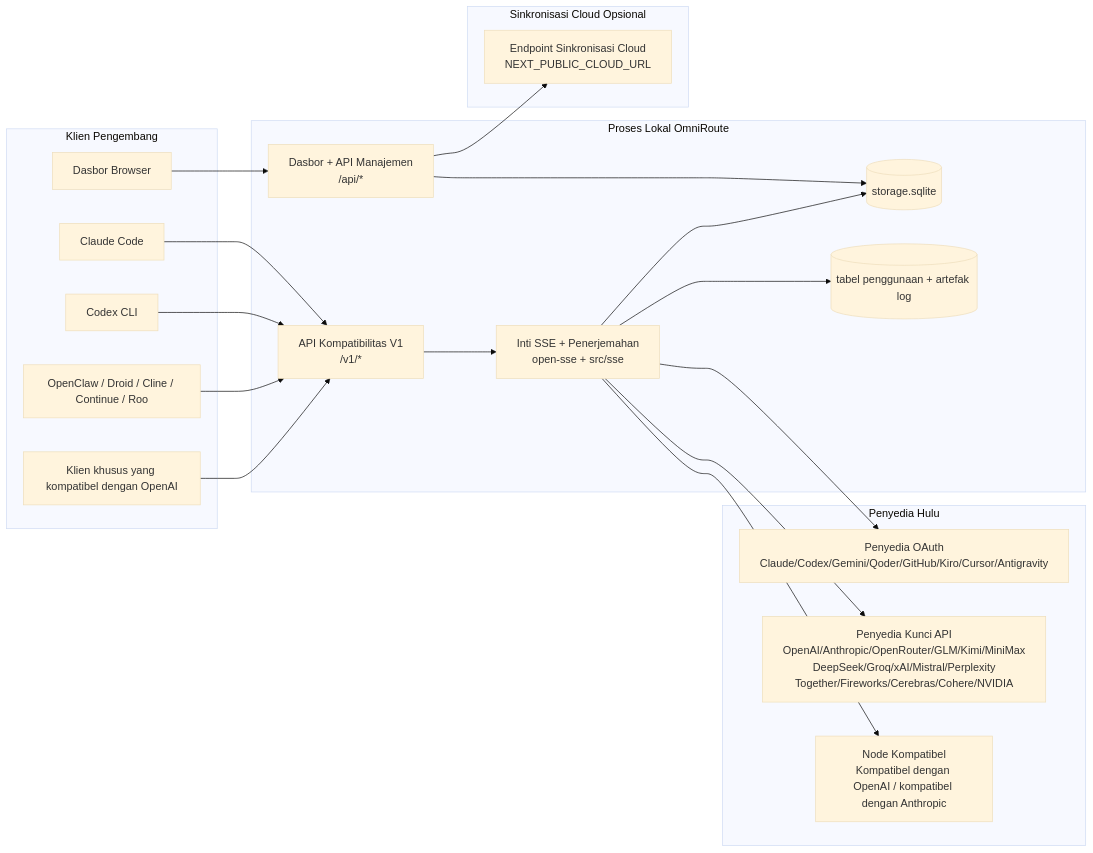
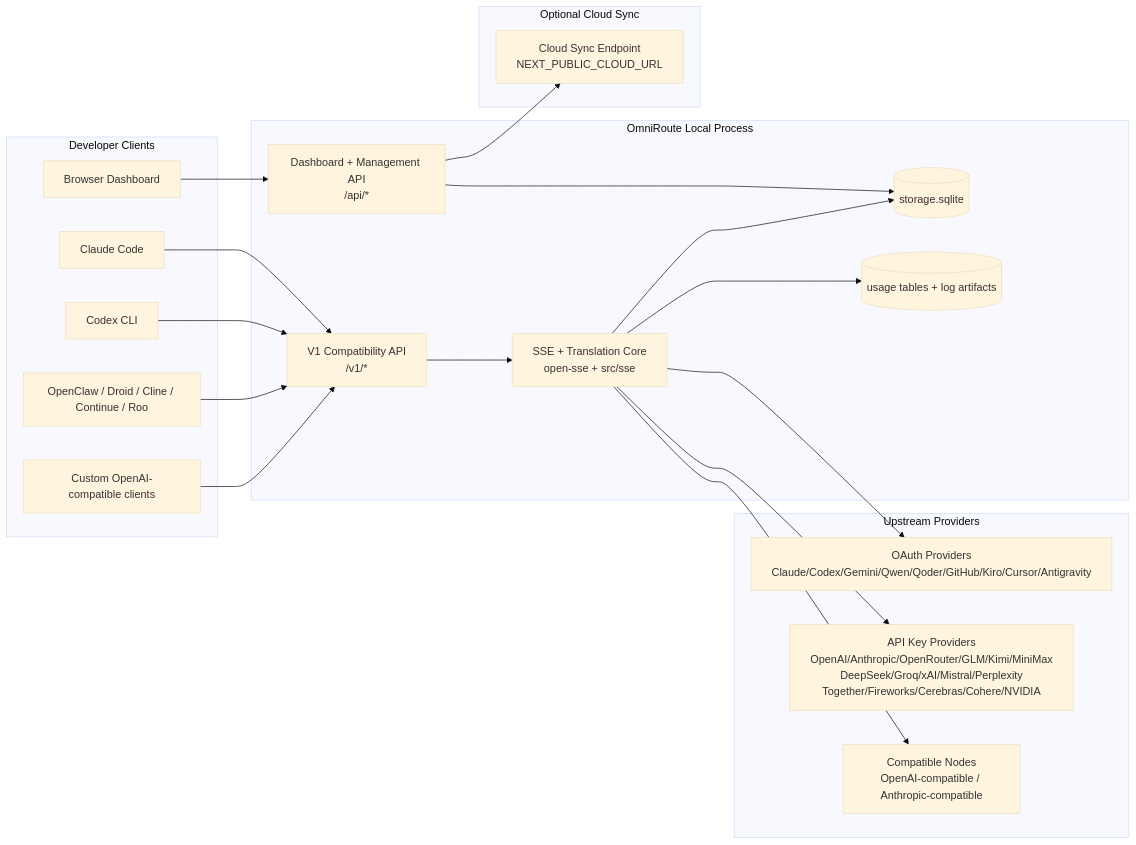
Before and after one commit to niyatna/NiyatnaRoute: the first of 7 diagrams in docs/i18n/id/docs/architecture/ARCHITECTURE.md, drawn with Mermaid (base theme). The commit also changed other lines of this file and 2447 other files, not shown here.

Commit message:
chore(rebrand): rebrand to NiyatnaRoute and hard purge bloatware from upstream v3.8.51 (8,982 commits base)

````diff
--- a/docs/i18n/id/docs/architecture/ARCHITECTURE.md
+++ b/docs/i18n/id/docs/architecture/ARCHITECTURE.md
@@ -157,45 +121,45 @@
 ```mermaid
 flowchart LR
-    subgraph Clients[Klien Pengembang]
+    subgraph Clients[Developer Clients]
         C1[Claude Code]
         C2[Codex CLI]
         C3[OpenClaw / Droid / Cline / Continue / Roo]
-        C4[Klien khusus yang kompatibel dengan OpenAI]
-        BROWSER[Dasbor Browser]
+        C4[Custom OpenAI-compatible clients]
+        BROWSER[Browser Dashboard]
     end
 
-    subgraph Router[Proses Lokal OmniRoute]
-        API[API Kompatibilitas V1\n/v1/*]
-        DASH[Dasbor + API Manajemen\n/api/*]
-        CORE[Inti SSE + Penerjemahan\nopen-sse + src/sse]
+    subgraph Router[OmniRoute Local Process]
+        API[V1 Compatibility API\n/v1/*]
+        DASH[Dashboard + Management API\n/api/*]
+        CORE[SSE + Translation Core\nopen-sse + src/sse]
         DB[(storage.sqlite)]
-        UDB[(tabel penggunaan + artefak log)]
+        UDB[(usage tables + log artifacts)]
     end
 
-    subgraph Upstreams[Penyedia Hulu]
-        P1[Penyedia OAuth\nClaude/Codex/Gemini/Qoder/GitHub/Kiro/Cursor/Antigravity]
-        P2[Penyedia Kunci API\nOpenAI/Anthropic/OpenRouter/GLM/Kimi/MiniMax\nDeepSeek/Groq/xAI/Mistral/Perplexity\nTogether/Fireworks/Cerebras/Cohere/NVIDIA]
-        P3[Node Kompatibel\nKompatibel dengan OpenAI / kompatibel dengan Anthropic]
+    subgraph Upstreams[Upstream Providers]
+        P1[OAuth Providers\nClaude/Codex/Gemini/Qwen/Qoder/GitHub/Kiro/Cursor/Antigravity]
+        P2[API Key Providers\nOpenAI/Anthropic/OpenRouter/GLM/Kimi/MiniMax\nDeepSeek/Groq/xAI/Mistral/Perplexity\nTogether/Fireworks/Cerebras/Cohere/NVIDIA]
+        P3[Compatible Nodes\nOpenAI-compatible / Anthropic-compatible]
     end
 
-    subgraph Cloud[Sinkronisasi Cloud Opsional]
-        CLOUD[Endpoint Sinkronisasi Cloud\nNEXT_PUBLIC_CLOUD_URL]
+    subgraph Cloud[Optional Cloud Sync]
+        CLOUD[Cloud Sync Endpoint\nNEXT_PUBLIC_CLOUD_URL]
     end
 
     C1 --> API
     C2 --> API
     C3 --> API
     C4 --> API
     BROWSER --> DASH
 
     API --> CORE
     DASH --> DB
     CORE --> DB
     CORE --> UDB
 
     CORE --> P1
     CORE --> P2
     CORE --> P3
 
     DASH --> CLOUD
 ```
````
